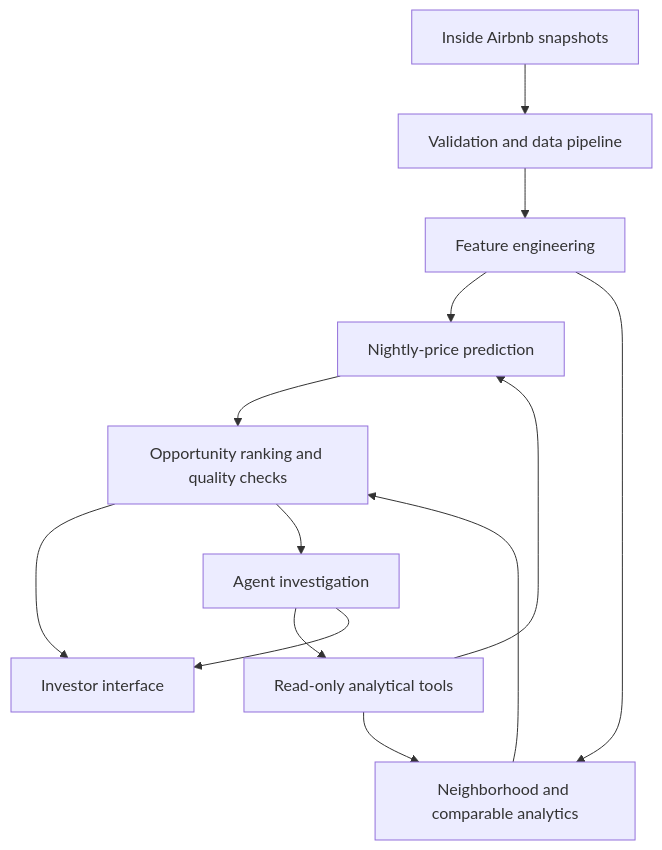
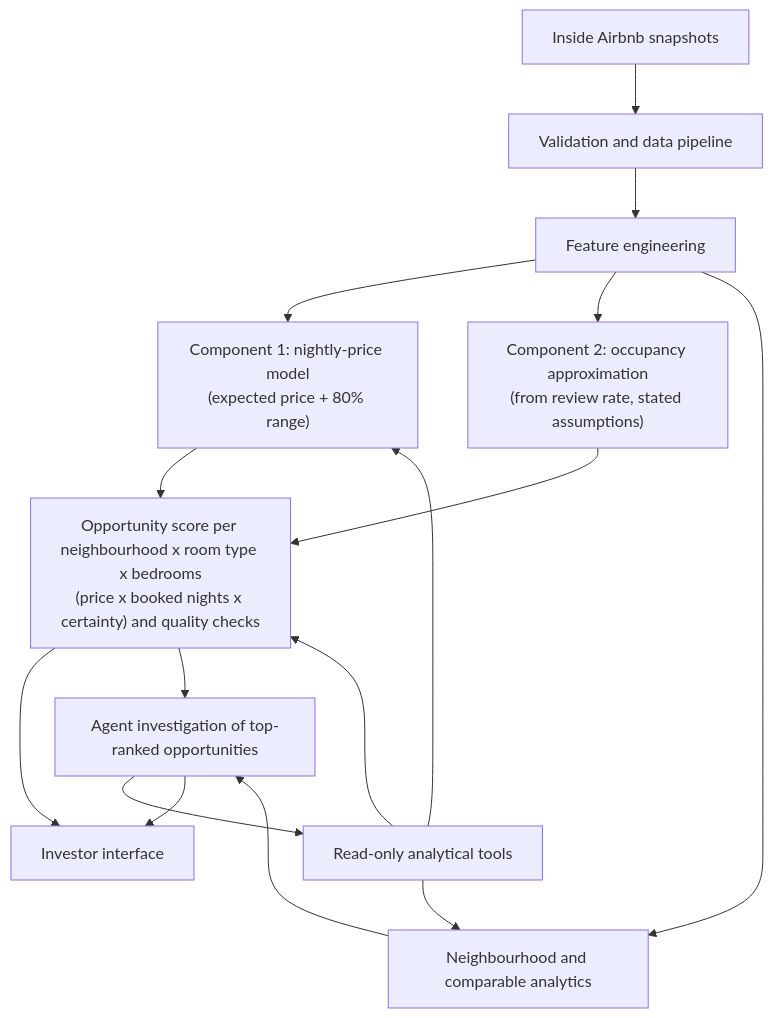
One commit to roness3yn/property-investment-intelligence-system changed the diagram in README.md. Above: the diagram before and after it, drawn with Mermaid. The commit also changed other lines of this file and 2 other files, not shown here.

````diff
--- a/README.md
+++ b/README.md
@@ -15,15 +48,18 @@
 ```mermaid
 flowchart TD
     A["Inside Airbnb snapshots"] --> B["Validation and data pipeline"]
     B --> C["Feature engineering"]
-    C --> D["Nightly-price prediction"]
-    C --> E["Neighborhood and comparable analytics"]
-    D --> F["Opportunity ranking and quality checks"]
-    E --> F
+    C --> D["Component 1: nightly-price model<br/>(expected price + 80% range)"]
+    C --> O["Component 2: occupancy approximation<br/>(from review rate, stated assumptions)"]
+    C --> E["Neighbourhood and comparable analytics"]
+    D --> F["Opportunity score per neighbourhood x room type x bedrooms<br/>(price x booked nights x certainty) and quality checks"]
+    O --> F
     F --> G["Investor interface"]
-    F --> H["Agent investigation"]
+    F --> H["Agent investigation of top-ranked opportunities"]
     H --> I["Read-only analytical tools"]
     I --> D
     I --> E
+    I --> F
+    E --> H
     H --> G
 ```
````
